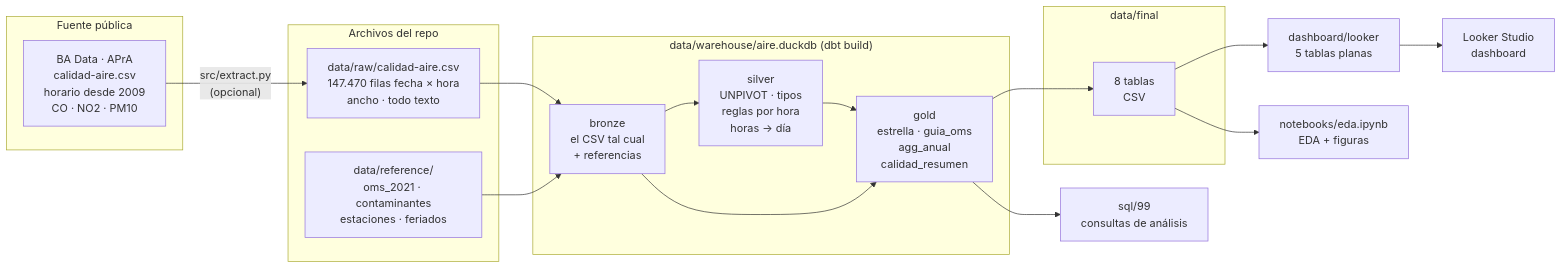
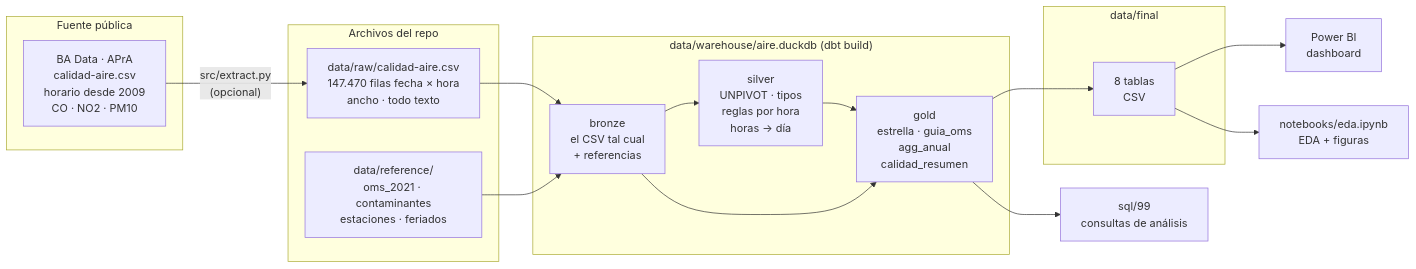
One commit to ezequielmaranda/nox-ciudad changed the diagram in docs/diagrama_etl.md. Above: the diagram before and after it, drawn with Mermaid. The commit also changed other lines of this file and 49 other files, not shown here.

````diff
--- a/docs/diagrama_etl.md
+++ b/docs/diagrama_etl.md
@@ -6,37 +6,35 @@
 ```mermaid
 flowchart LR
     subgraph FUENTE["Fuente pública"]
         BAD["BA Data · APrA<br/>calidad-aire.csv<br/>horario desde 2009<br/>CO · NO2 · PM10"]
     end
 
     subgraph ARCH["Archivos del repo"]
         CSV["data/raw/calidad-aire.csv<br/>147.470 filas fecha × hora<br/>ancho · todo texto"]
         REF["data/reference/<br/>oms_2021 · contaminantes<br/>estaciones · feriados"]
     end
 
     subgraph DB["data/warehouse/aire.duckdb (dbt build)"]
         BR["bronze<br/>el CSV tal cual<br/>+ referencias"]
         SI["silver<br/>UNPIVOT · tipos<br/>reglas por hora<br/>horas → día"]
         GO["gold<br/>estrella · guia_oms<br/>agg_anual<br/>calidad_resumen"]
     end
 
     subgraph FINAL["data/final"]
         OUT["8 tablas<br/>CSV"]
     end
 
-    LK["dashboard/looker<br/>5 tablas planas"]
-    LS["Looker Studio<br/>dashboard"]
+    PBI["Power BI<br/>dashboard"]
     NB["notebooks/eda.ipynb<br/>EDA + figuras"]
     SQL["sql/99<br/>consultas de análisis"]
 
     BAD -- "src/extract.py<br/>(opcional)" --> CSV
     CSV --> BR
     REF --> BR
     BR --> SI --> GO
     BR --> GO
     GO --> OUT
     GO --> SQL
-    OUT --> LK
-    LK --> LS
+    OUT --> PBI
     OUT --> NB
 ```
````
